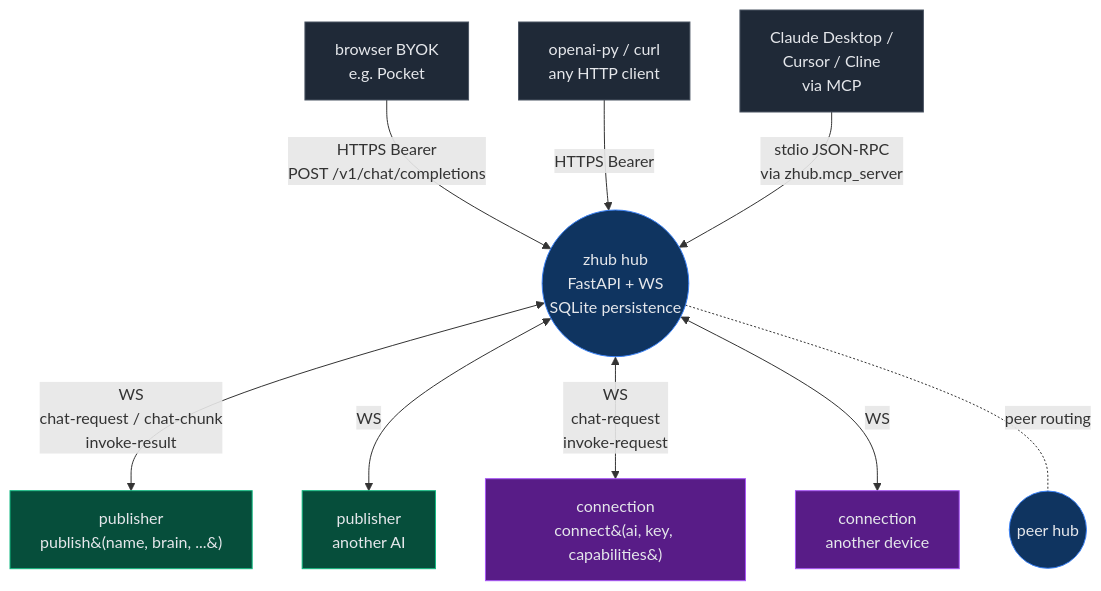
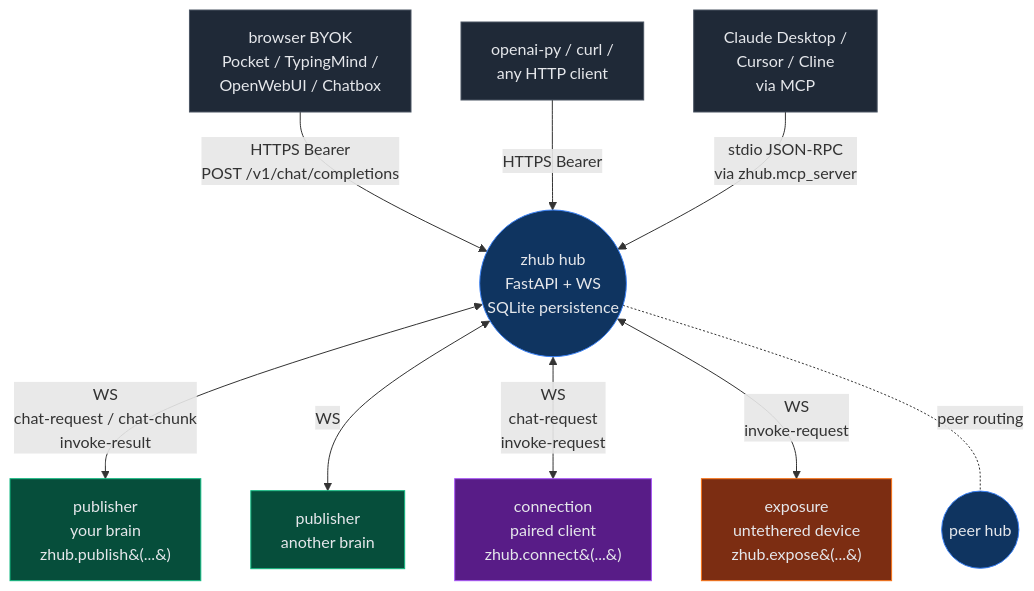
Before and after one commit to Zawwarsami16/zhub: the diagram in README.md, drawn with Mermaid. The commit also changed other lines of this file and 2 other files, not shown here.

````diff
--- a/README.md
+++ b/README.md
@@ -171,31 +51,34 @@
 ```mermaid
 flowchart TB
     classDef ext fill:#1f2937,color:#e5e7eb,stroke:#4b5563
     classDef hub fill:#0f3460,color:#e5e7eb,stroke:#3b82f6
     classDef pub fill:#064e3b,color:#e5e7eb,stroke:#10b981
     classDef cli fill:#581c87,color:#e5e7eb,stroke:#a855f7
+    classDef dev fill:#7c2d12,color:#e5e7eb,stroke:#f97316
 
-    Pocket[browser BYOK<br/>e.g. Pocket]:::ext
-    OpenAIPy[openai-py / curl<br/>any HTTP client]:::ext
+    Pocket[browser BYOK<br/>Pocket / TypingMind /<br/>OpenWebUI / Chatbox]:::ext
+    OpenAIPy[openai-py / curl /<br/>any HTTP client]:::ext
     Claude[Claude Desktop /<br/>Cursor / Cline<br/>via MCP]:::ext
 
     Hub((zhub hub<br/>FastAPI + WS<br/>SQLite persistence)):::hub
 
-    Pub1[publisher<br/>publish&#40;name, brain, ...&#41;]:::pub
-    Pub2[publisher<br/>another AI]:::pub
+    Pub1[publisher<br/>your brain<br/>zhub.publish&#40;...&#41;]:::pub
+    Pub2[publisher<br/>another brain]:::pub
 
-    Conn1[connection<br/>connect&#40;ai, key, capabilities&#41;]:::cli
-    Conn2[connection<br/>another device]:::cli
+    Conn1[connection<br/>paired client<br/>zhub.connect&#40;...&#41;]:::cli
+
+    Exp1[exposure<br/>untethered device<br/>zhub.expose&#40;...&#41;]:::dev
 
     Pocket -- HTTPS Bearer<br/>POST /v1/chat/completions --> Hub
     OpenAIPy -- HTTPS Bearer --> Hub
     Claude -- stdio JSON-RPC<br/>via zhub.mcp_server --> Hub
 
     Hub <-- WS<br/>chat-request / chat-chunk<br/>invoke-result --> Pub1
     Hub <-- WS --> Pub2
 
     Hub <-- WS<br/>chat-request<br/>invoke-request --> Conn1
-    Hub <-- WS --> Conn2
+
+    Hub <-- WS<br/>invoke-request --> Exp1
 
     Hub -. peer routing .- Hub2((peer hub)):::hub
 ```
````
